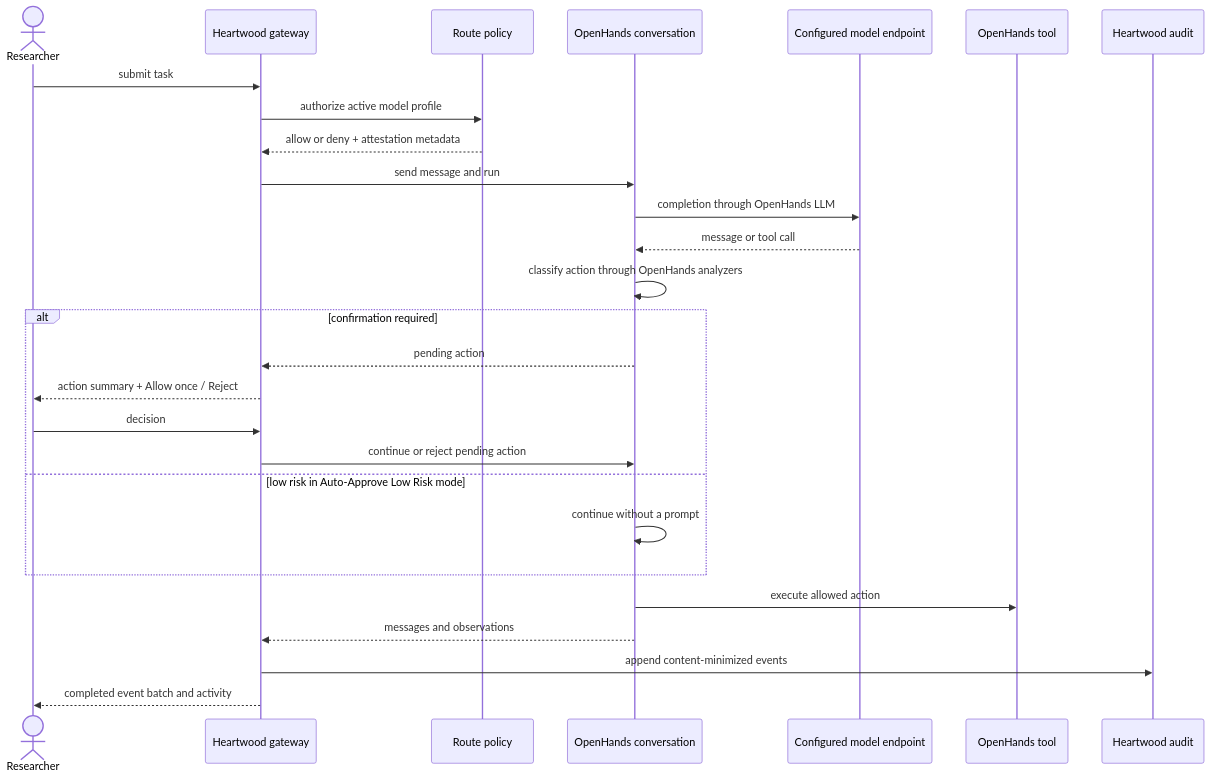
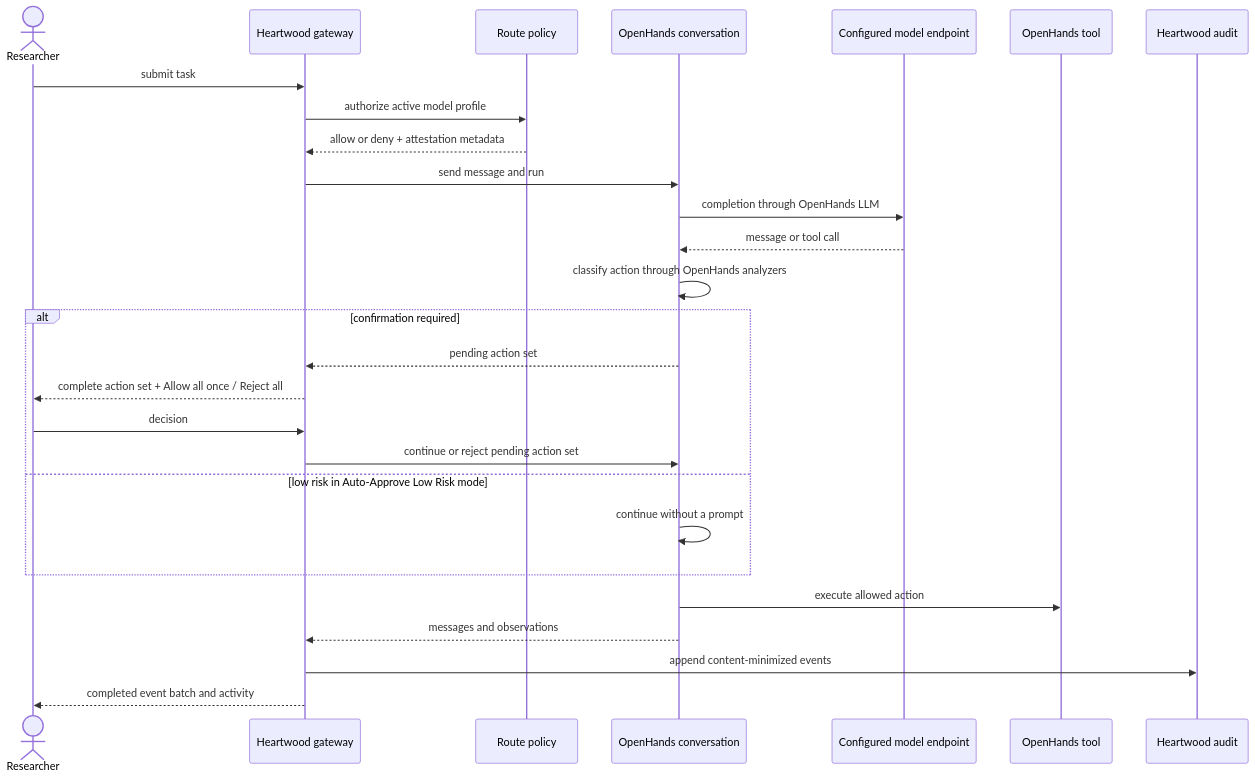
Before and after one commit to SchmiedmayerLab/heartwood: the second of 2 diagrams in design/03-architecture.md, drawn with Mermaid. The commit also changed other lines of this file and 96 other files, not shown here.

````diff
--- a/design/03-architecture.md
+++ b/design/03-architecture.md
@@ -170,30 +170,30 @@
 ```mermaid
 sequenceDiagram
     actor R as Researcher
     participant GW as Heartwood gateway
     participant P as Route policy
     participant OH as OpenHands conversation
     participant M as Configured model endpoint
     participant T as OpenHands tool
     participant A as Heartwood audit
 
     R->>GW: submit task
     GW->>P: authorize active model profile
     P-->>GW: allow or deny + attestation metadata
     GW->>OH: send message and run
     OH->>M: completion through OpenHands LLM
     M-->>OH: message or tool call
     OH->>OH: classify action through OpenHands analyzers
     alt confirmation required
-        OH-->>GW: pending action
-        GW-->>R: action summary + Allow once / Reject
+        OH-->>GW: pending action set
+        GW-->>R: complete action set + Allow all once / Reject all
         R->>GW: decision
-        GW->>OH: continue or reject pending action
+        GW->>OH: continue or reject pending action set
     else low risk in Auto-Approve Low Risk mode
         OH->>OH: continue without a prompt
     end
     OH->>T: execute allowed action
     OH-->>GW: messages and observations
     GW->>A: append content-minimized events
     GW-->>R: completed event batch and activity
 ```
````
